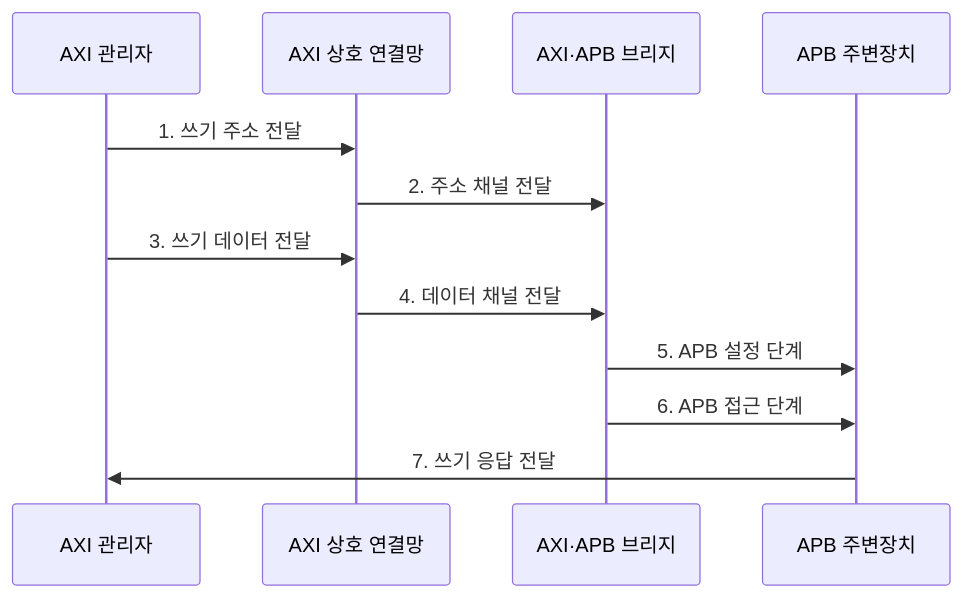
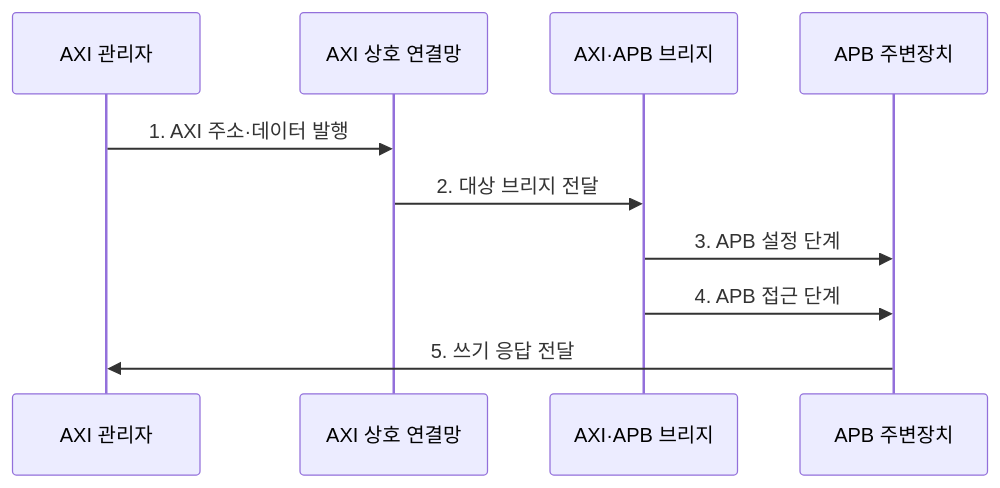
The second of 2 diagrams in src/content/docs/notes/02-hardware/078_amba_bus_protocol.md (agnusdei1207/knowledge-base), drawn with Mermaid before and after one commit. The commit also changed other lines of this file and 86 other files, not shown here.

````diff
--- a/src/content/docs/notes/02-hardware/078_amba_bus_protocol.md
+++ b/src/content/docs/notes/02-hardware/078_amba_bus_protocol.md
@@ -86,15 +88,13 @@
 ```mermaid
 sequenceDiagram
     participant M as AXI 관리자
     participant I as AXI 상호 연결망
     participant B as AXI·APB 브리지
     participant P as APB 주변장치
 
-    M->>I: 1. 쓰기 주소 전달
-    I->>B: 2. 주소 채널 전달
-    M->>I: 3. 쓰기 데이터 전달
-    I->>B: 4. 데이터 채널 전달
-    B->>P: 5. APB 설정 단계
-    B->>P: 6. APB 접근 단계
-    P->>M: 7. 쓰기 응답 전달
+    M->>I: 1. AXI 주소·데이터 발행
+    I->>B: 2. 대상 브리지 전달
+    B->>P: 3. APB 설정 단계
+    B->>P: 4. APB 접근 단계
+    P->>M: 5. 쓰기 응답 전달
 ```
````
